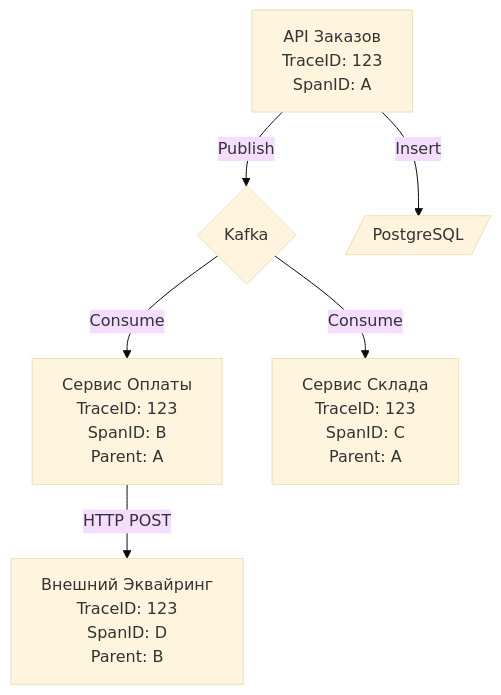
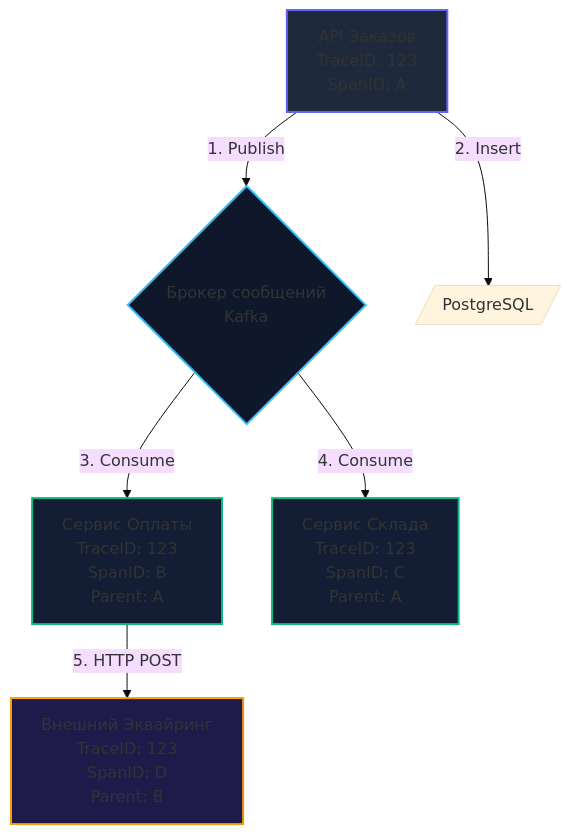
The first of 2 diagrams in sources/13. Очереди, брокеры сообщений и оркестраторы/05. Паттерны и архитектура/10. Distributed tracing в async системах.md (UnrealTemplier/go-textbook), drawn with Mermaid (base theme) before and after one commit. The commit also changed other lines of this file, not shown here.

````diff
--- a/sources/13. Очереди, брокеры сообщений и оркестраторы/05. Паттерны и архитектура/10. Distributed tracing в async системах.md
+++ b/sources/13. Очереди, брокеры сообщений и оркестраторы/05. Паттерны и архитектура/10. Distributed tracing в async системах.md
@@ -19,10 +60,16 @@
 ```mermaid
 flowchart TD
-    A["API Заказов<br>TraceID: 123<br>SpanID: A"] -->|"Publish"| B{"Kafka"}
-    A -->|"Insert"| DB1[/"PostgreSQL"/]
+    A["API Заказов<br>TraceID: 123<br>SpanID: A"] -->|"1. Publish"| B{"Брокер сообщений<br>Kafka"}
+    A -->|"2. Insert"| DB1[/"PostgreSQL"/]
     
-    B -->|"Consume"| C["Сервис Оплаты<br>TraceID: 123<br>SpanID: B<br>Parent: A"]
-    B -->|"Consume"| D["Сервис Склада<br>TraceID: 123<br>SpanID: C<br>Parent: A"]
+    B -->|"3. Consume"| C["Сервис Оплаты<br>TraceID: 123<br>SpanID: B<br>Parent: A"]
+    B -->|"4. Consume"| D["Сервис Склада<br>TraceID: 123<br>SpanID: C<br>Parent: A"]
     
-    C -->|"HTTP POST"| E["Внешний Эквайринг<br>TraceID: 123<br>SpanID: D<br>Parent: B"]
+    C -->|"5. HTTP POST"| E["Внешний Эквайринг<br>TraceID: 123<br>SpanID: D<br>Parent: B"]
+
+    style B fill:#0f172a,stroke:#38bdf8,stroke-width:2px
+    style A fill:#1e293b,stroke:#6366f1,stroke-width:2px
+    style C fill:#131d33,stroke:#10b981,stroke-width:2px
+    style D fill:#131d33,stroke:#10b981,stroke-width:2px
+    style E fill:#1e1b4b,stroke:#f59e0b,stroke-width:2px
 ```
````
